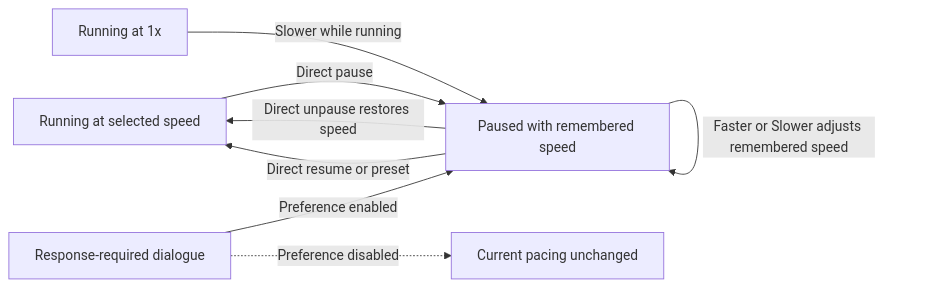
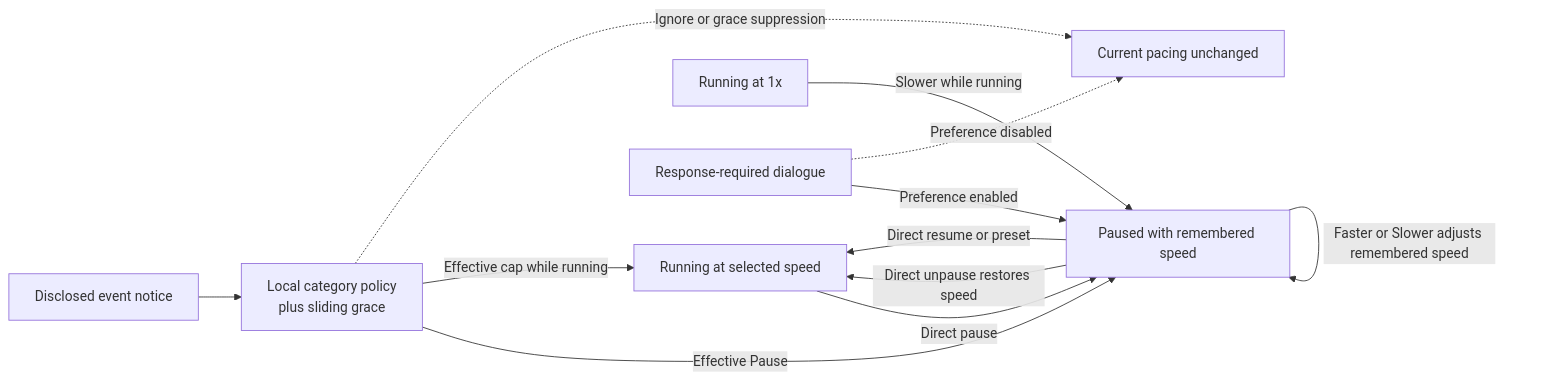
One commit to Elec0/galaxy-simulator changed the diagram in docs/time-and-pacing.md. Above: the diagram before and after it, drawn with Mermaid. The commit also changed other lines of this file and 3 other files, not shown here.

````diff
--- a/docs/time-and-pacing.md
+++ b/docs/time-and-pacing.md
@@ -32,16 +189,22 @@
 ```mermaid
 flowchart LR
     running["Running at selected speed"]
     paused["Paused with remembered speed"]
     one["Running at 1x"]
     dialogue["Response-required dialogue"]
+    disclosed["Disclosed event notice"]
+    policy["Local category policy<br/>plus sliding grace"]
     unchanged["Current pacing unchanged"]
 
     running -->|"Direct pause"| paused
     paused -->|"Direct unpause restores speed"| running
     paused -->|"Faster or Slower adjusts remembered speed"| paused
     one -->|"Slower while running"| paused
     dialogue -->|"Preference enabled"| paused
     dialogue -.->|"Preference disabled"| unchanged
+    disclosed --> policy
+    policy -->|"Effective Pause"| paused
+    policy -->|"Effective cap while running"| running
+    policy -.->|"Ignore or grace suppression"| unchanged
     paused -->|"Direct resume or preset"| running
 ```
````
